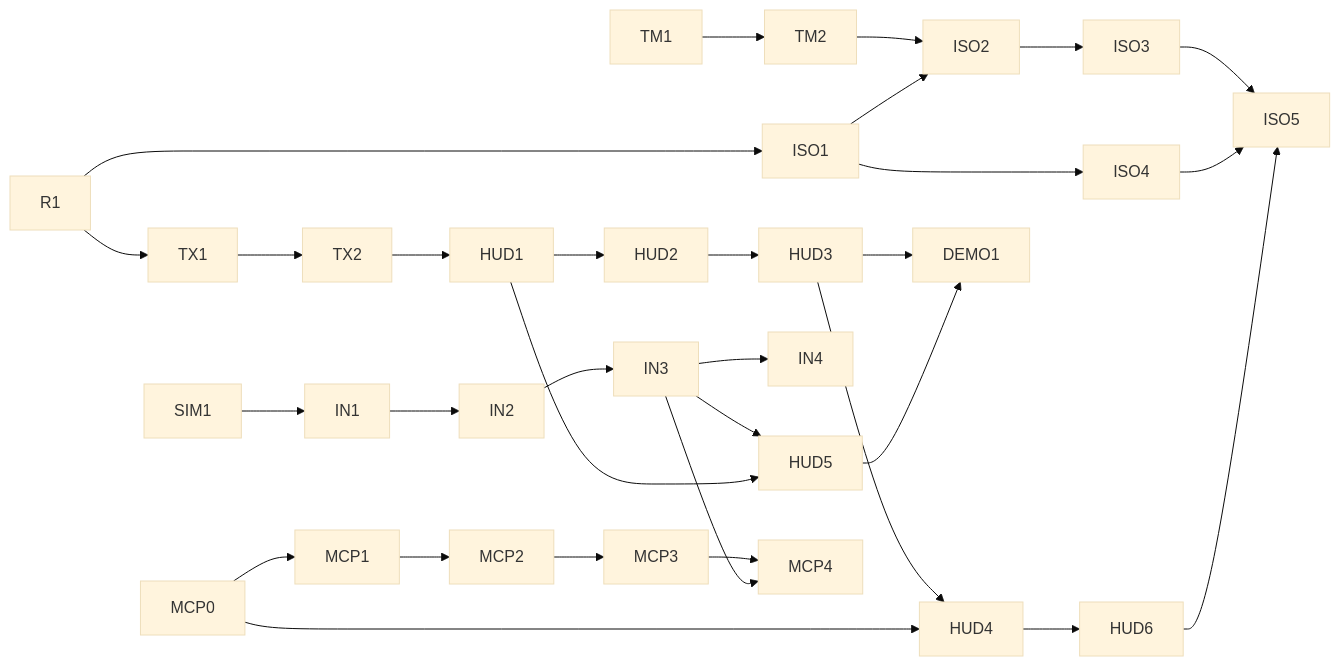
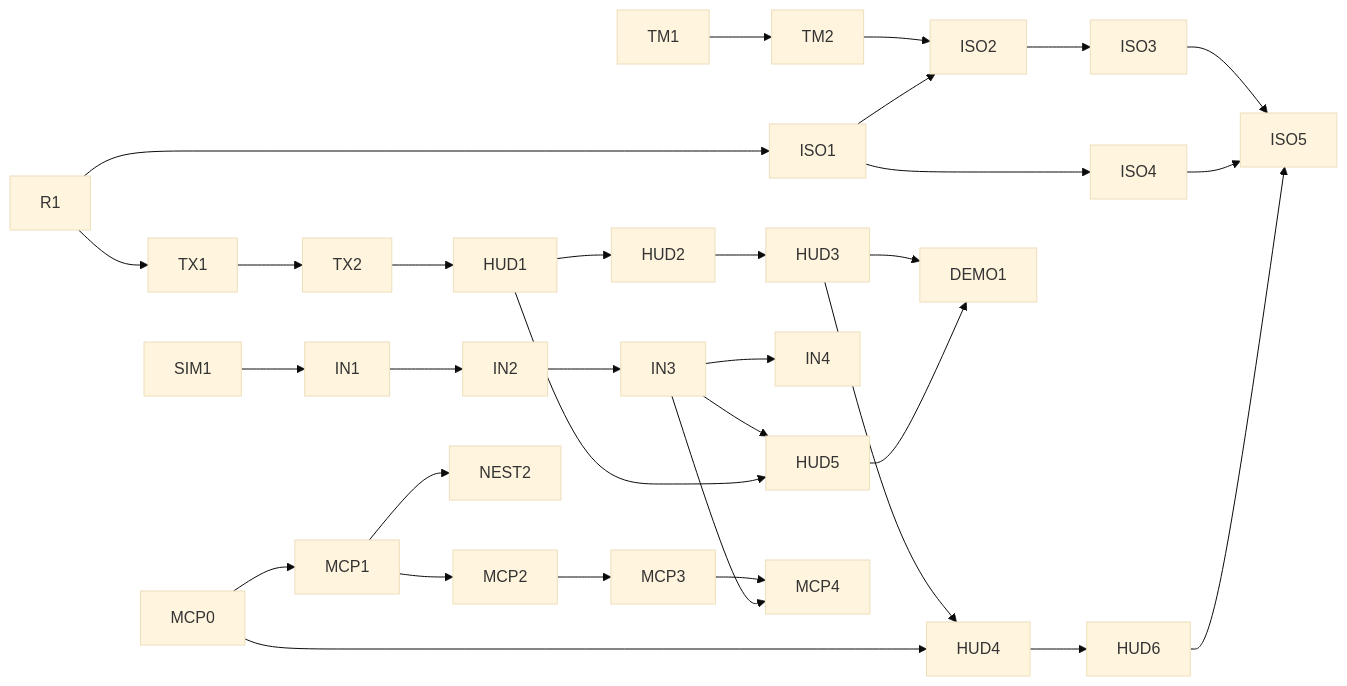
The diagram in doc/pages/design/isometric-worlds.md (Silmaen/Owl), drawn with Mermaid (base theme) before and after one commit. The commit also changed other lines of this file and 5 other files, not shown here.

````diff
--- a/doc/pages/design/isometric-worlds.md
+++ b/doc/pages/design/isometric-worlds.md
@@ -189,18 +192,19 @@
 ```mermaid
 flowchart LR
     R1 --> TX1 --> TX2 --> HUD1
     R1 --> ISO1
     TM1 --> TM2 --> ISO2
     ISO1 --> ISO2 --> ISO3 --> ISO5
     ISO1 --> ISO4 --> ISO5
     HUD1 --> HUD2 --> HUD3 --> HUD4 --> HUD6
     SIM1 --> IN1 --> IN2 --> IN3 --> IN4
     IN3 --> HUD5
     HUD1 --> HUD5
     MCP0 --> MCP1 --> MCP2 --> MCP3 --> MCP4
     MCP0 --> HUD4
+    MCP1 --> NEST2
     IN3 --> MCP4
     HUD6 --> ISO5
     HUD3 --> DEMO1
     HUD5 --> DEMO1
 ```
````
